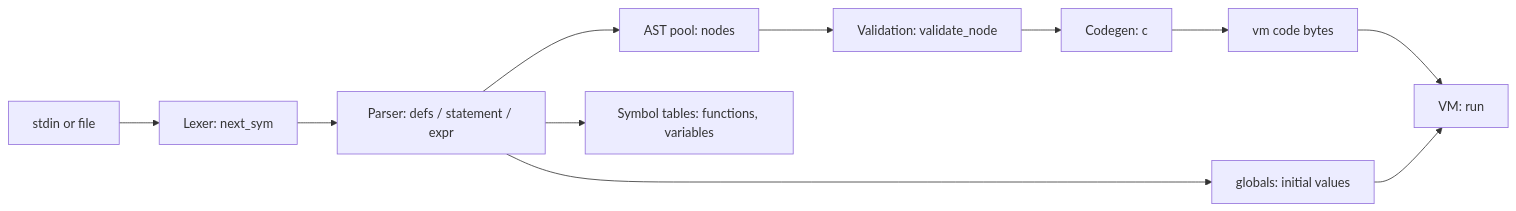
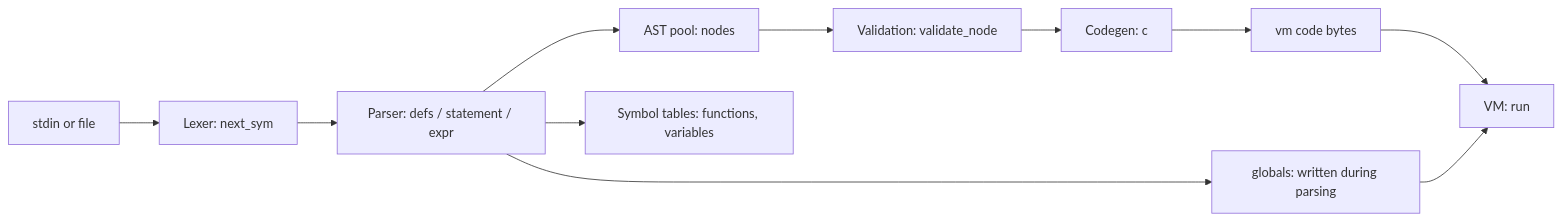
The diagram in TechnicalOverview.md (CCurl/mc), drawn with Mermaid before and after one commit. The commit also changed other lines of this file and 2 other files, not shown here.

Commit message:
Enhance technical overview, improve constant folding in compiler, and refactor run function

````diff
--- a/TechnicalOverview.md
+++ b/TechnicalOverview.md
@@ -5,13 +5,13 @@
 ```mermaid
 flowchart LR
     A[stdin or file] --> B[Lexer: next_sym]
     B --> C[Parser: defs / statement / expr]
     C --> D[AST pool: nodes]
     C --> E[Symbol tables: functions, variables]
     D --> F[Validation: validate_node]
     F --> G[Codegen: c]
     G --> H[vm code bytes]
-    C --> K[globals: initial values]
+    C --> K[globals: written during parsing]
     H --> J[VM: run]
     K --> J
 ```
````
